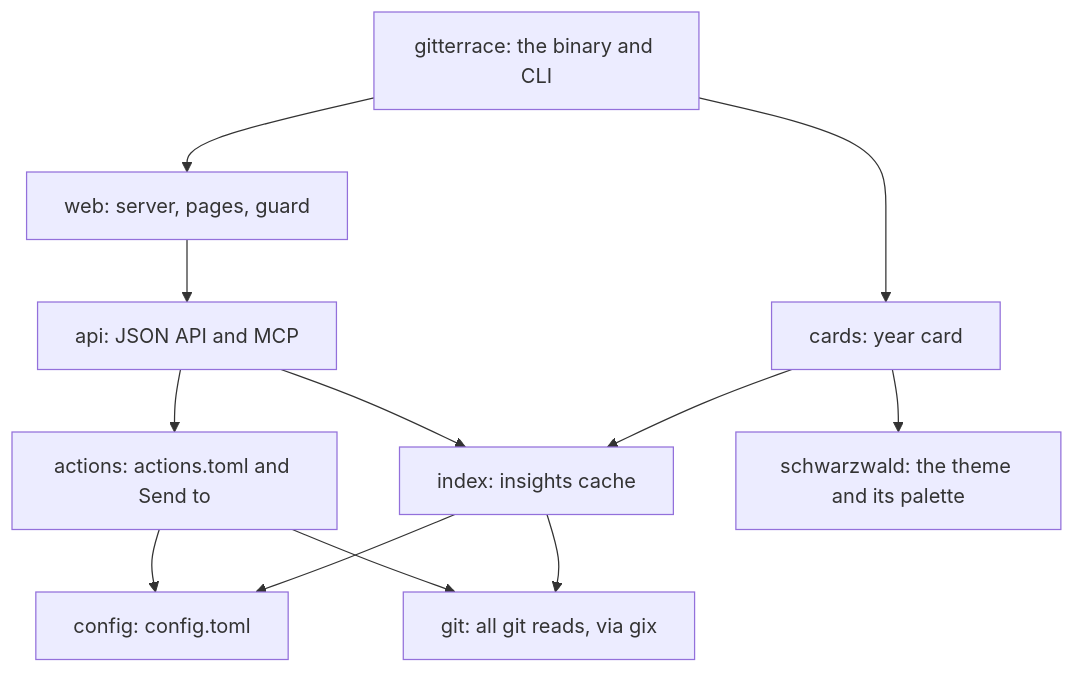
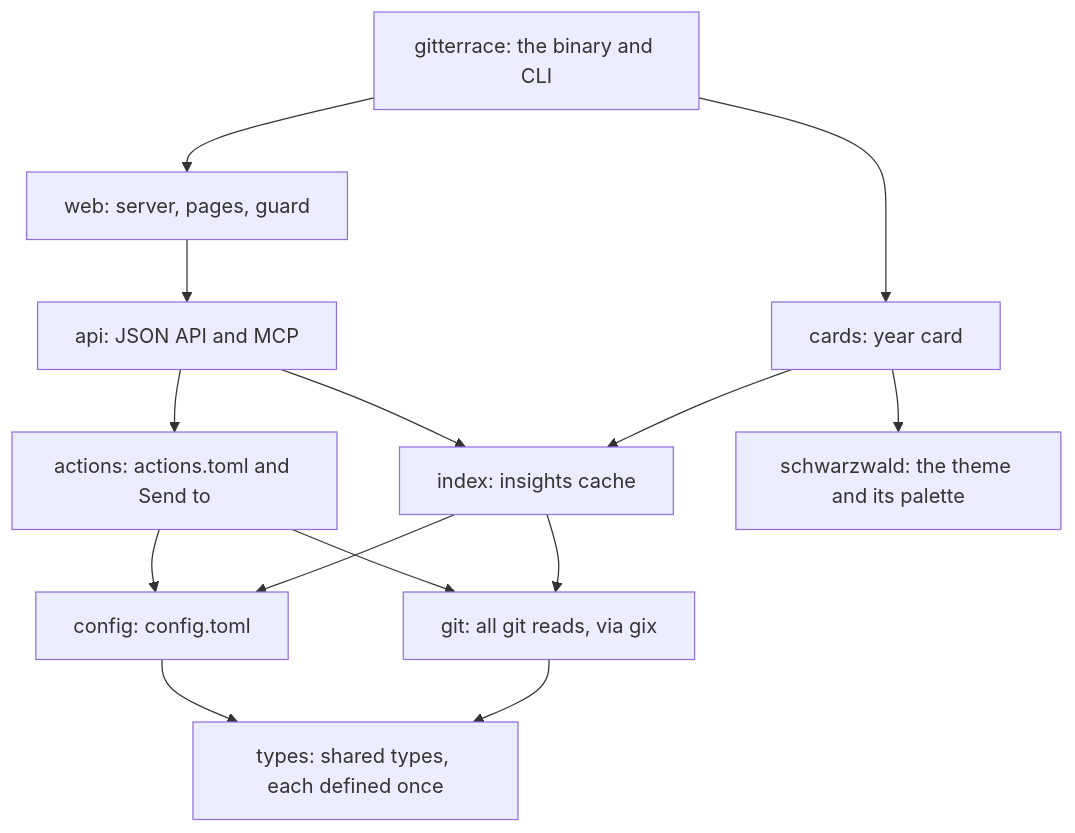
Before and after one commit to gitterrace/gitterrace: the diagram in docs/architecture.md, drawn with Mermaid. The commit also changed 47 other files, not shown here.

First line of the commit message:
refactor(types): one crate for shared types, config values as enums

````diff
--- a/docs/architecture.md
+++ b/docs/architecture.md
@@ -4,23 +4,26 @@
 ```mermaid
 flowchart TD
   gitterrace["gitterrace: the binary and CLI"]
   actions["actions: actions.toml and Send to"]
   api["api: JSON API and MCP"]
   cards["cards: year card"]
   config["config: config.toml"]
   git["git: all git reads, via gix"]
   index["index: insights cache"]
+  types["types: shared types, each defined once"]
   web["web: server, pages, guard"]
   schwarzwald["schwarzwald: the theme and its palette"]
   gitterrace --> cards
   gitterrace --> web
   actions --> config
   actions --> git
   api --> actions
   api --> index
   cards --> index
   cards --> schwarzwald
+  config --> types
+  git --> types
   index --> config
   index --> git
   web --> api
 ```
````
